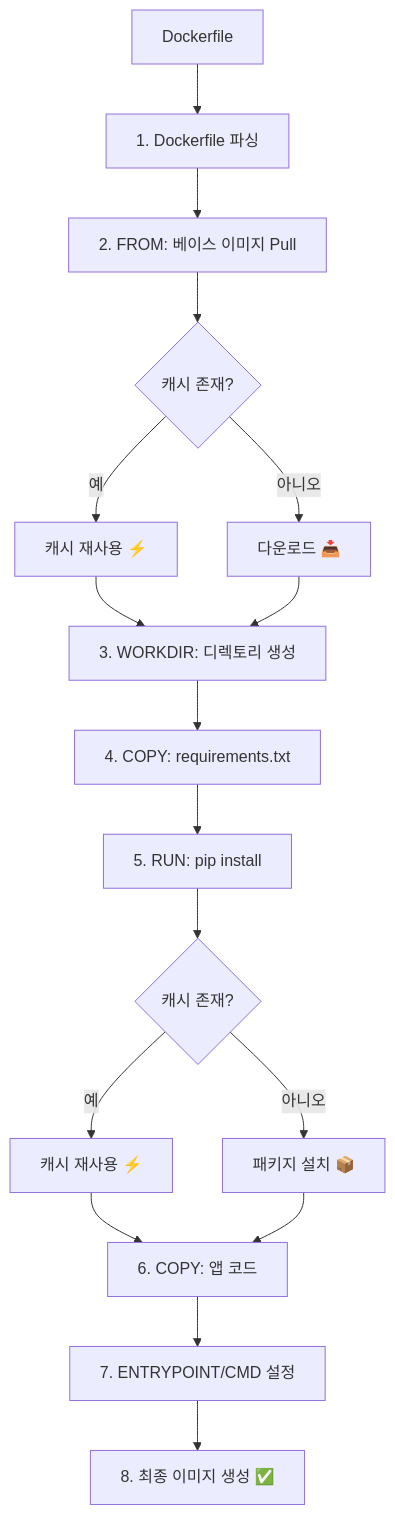
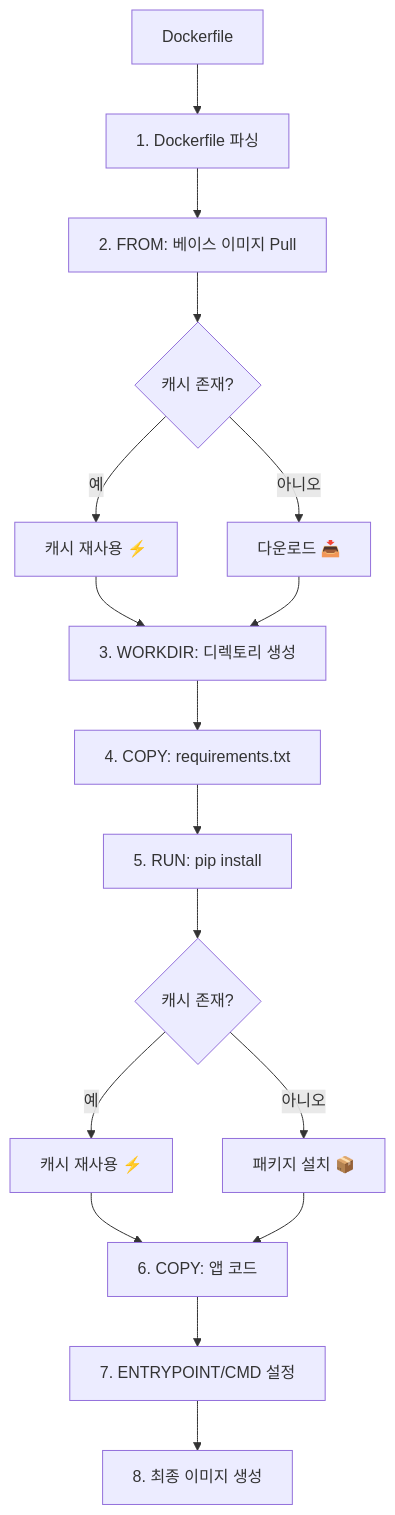
Diagram 30 of 41 in docs/cicd/week1-image-build.md (juwon8891/juwon8891.github.io), drawn with Mermaid before and after one commit. The commit also changed other lines of this file and 25 other files, not shown here.

````diff
--- a/docs/cicd/week1-image-build.md
+++ b/docs/cicd/week1-image-build.md
@@ -2036,28 +2032,28 @@
 ```mermaid
 flowchart TB
     START[Dockerfile] --> PARSE[1. Dockerfile 파싱]
 
     PARSE --> BASE[2. FROM: 베이스 이미지 Pull]
     BASE --> CACHE1{캐시 존재?}
     CACHE1 -->|예| REUSE1[캐시 재사용 ⚡]
     CACHE1 -->|아니오| DOWNLOAD1[다운로드 📥]
 
     REUSE1 --> WORKDIR
     DOWNLOAD1 --> WORKDIR
 
     WORKDIR[3. WORKDIR: 디렉토리 생성]
     WORKDIR --> COPY1[4. COPY: requirements.txt]
     COPY1 --> RUN[5. RUN: pip install]
 
     RUN --> CACHE2{캐시 존재?}
     CACHE2 -->|예| REUSE2[캐시 재사용 ⚡]
     CACHE2 -->|아니오| INSTALL[패키지 설치 📦]
 
     REUSE2 --> COPY2
     INSTALL --> COPY2
 
     COPY2[6. COPY: 앱 코드]
     COPY2 --> META[7. ENTRYPOINT/CMD 설정]
-    META --> IMAGE[8. 최종 이미지 생성 ✅]
+    META --> IMAGE[8. 최종 이미지 생성 ]
 
 ```
````
